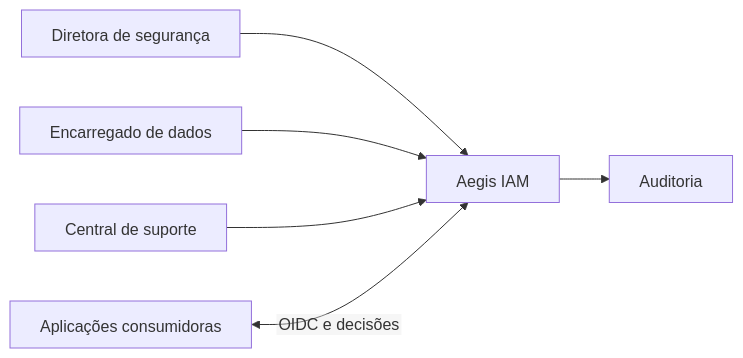
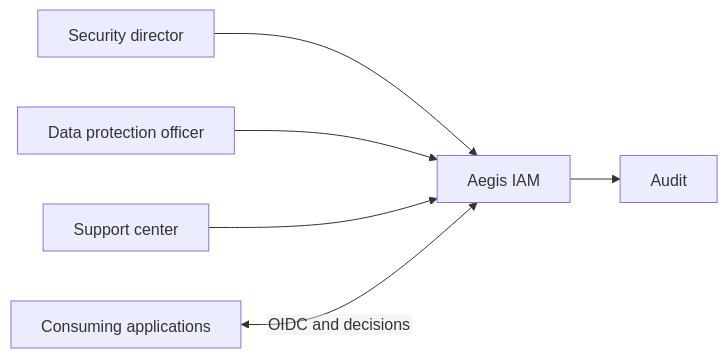
One commit to lsbjordao/quarto-needs changed the first of 3 diagrams in examples/book/diagrams.qmd. Above: the diagram before and after it, drawn with Mermaid. The commit also changed other lines of this file and 9 other files, not shown here.

Commit message:
docs: translate Aegis views and diagrams

````diff
--- a/examples/book/diagrams.qmd
+++ b/examples/book/diagrams.qmd
@@ -5,9 +5,9 @@
 ```{mermaid}
 %%{init: {"htmlLabels": false, "flowchart": {"htmlLabels": false}}}%%
 flowchart LR
-  CISO[Diretora de segurança] --> IAM[Aegis IAM]
-  DPO[Encarregado de dados] --> IAM
-  SUP[Central de suporte] --> IAM
-  APP[Aplicações consumidoras] <-->|OIDC e decisões| IAM
-  IAM --> AUD[Auditoria]
+  CISO[Security director] --> IAM[Aegis IAM]
+  DPO[Data protection officer] --> IAM
+  SUP[Support center] --> IAM
+  APP[Consuming applications] <-->|OIDC and decisions| IAM
+  IAM --> AUD[Audit]
 ```
````
